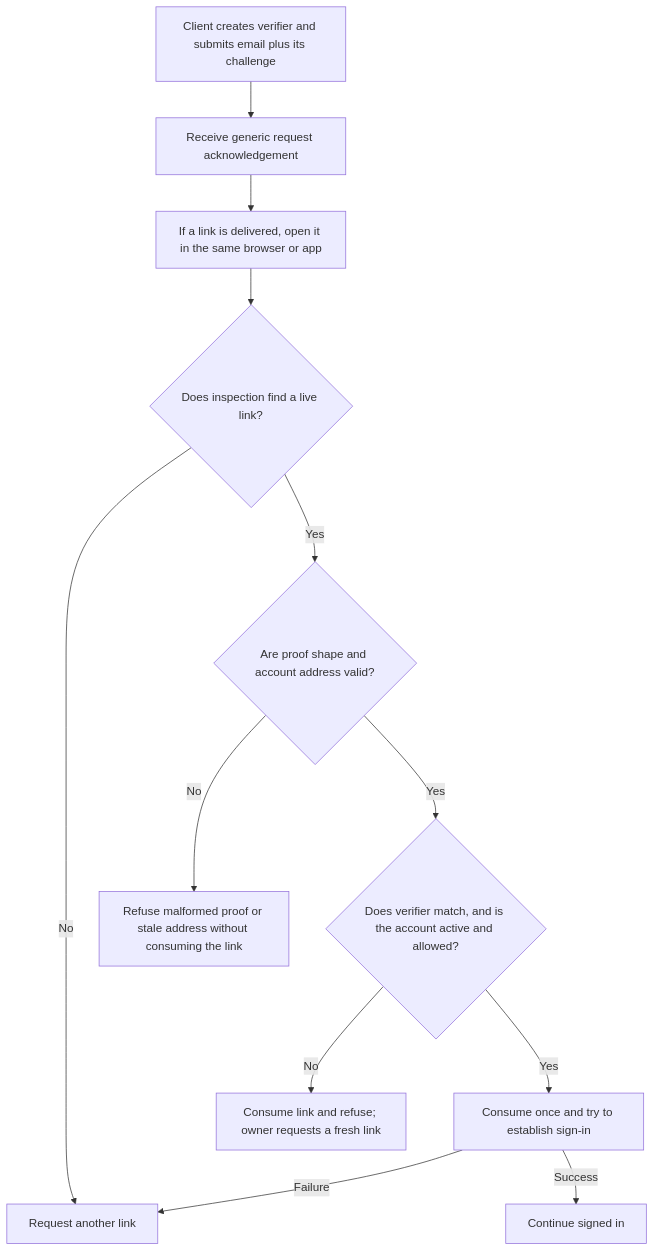
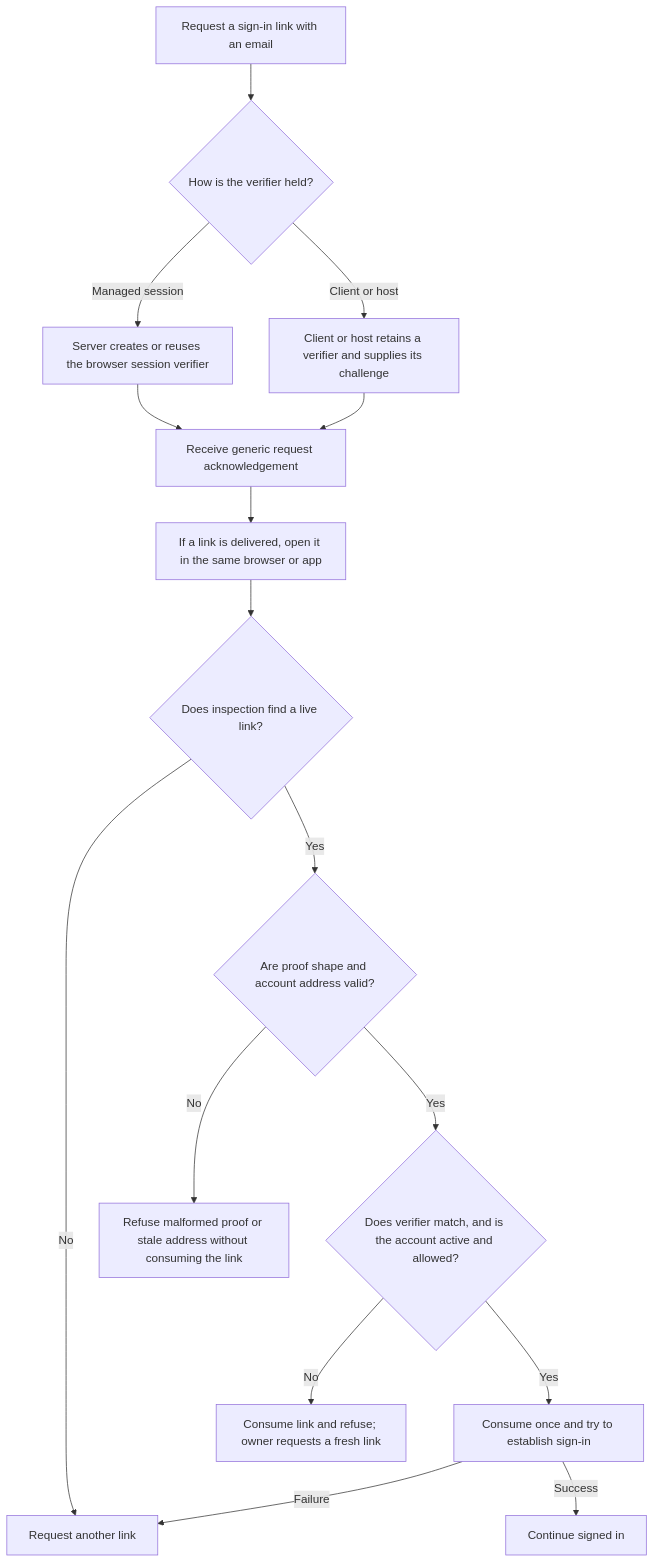
The first of 2 diagrams in user-stories/US-ACCOUNT-13-magic-link.md (Kevinjohn/oss-adonisjs-account-kit), drawn with Mermaid before and after one commit. The commit also changed other lines of this file and 42 other files, not shown here.

````diff
--- a/user-stories/US-ACCOUNT-13-magic-link.md
+++ b/user-stories/US-ACCOUNT-13-magic-link.md
@@ -20,14 +20,18 @@
 ```mermaid
 flowchart TD
- A["Client creates verifier and submits email plus its challenge"] --> B["Receive generic request acknowledgement"]
+ A["Request a sign-in link with an email"] --> Q{"How is the verifier held?"}
+ Q -->|Managed session| S0["Server creates or reuses the browser session verifier"]
+ Q -->|Client or host| S1["Client or host retains a verifier and supplies its challenge"]
+ S0 --> B["Receive generic request acknowledgement"]
+ S1 --> B
  B --> C["If a link is delivered, open it in the same browser or app"]
  C --> D{"Does inspection find a live link?"}
  D -->|No| E["Request another link"]
  D -->|Yes| F{"Are proof shape and account address valid?"}
  F -->|No| G["Refuse malformed proof or stale address without consuming the link"]
  F -->|Yes| H{"Does verifier match, and is the account active and allowed?"}
  H -->|No| I["Consume link and refuse; owner requests a fresh link"]
  H -->|Yes| J["Consume once and try to establish sign-in"]
  J -->|Failure| E
  J -->|Success| OK["Continue signed in"]
 ```
````
